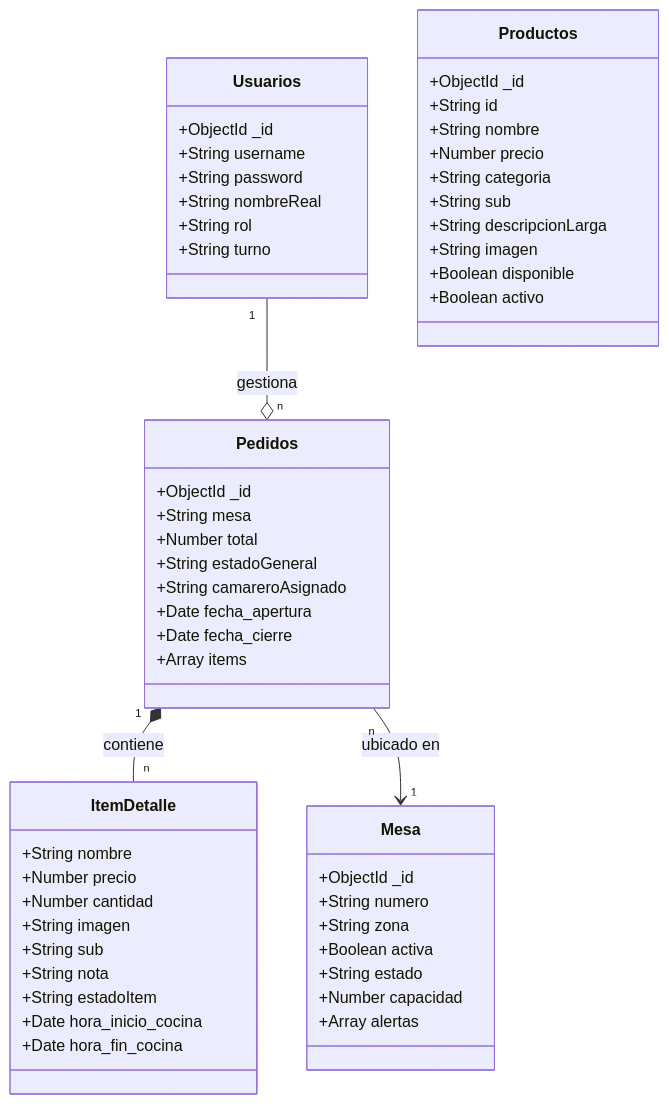
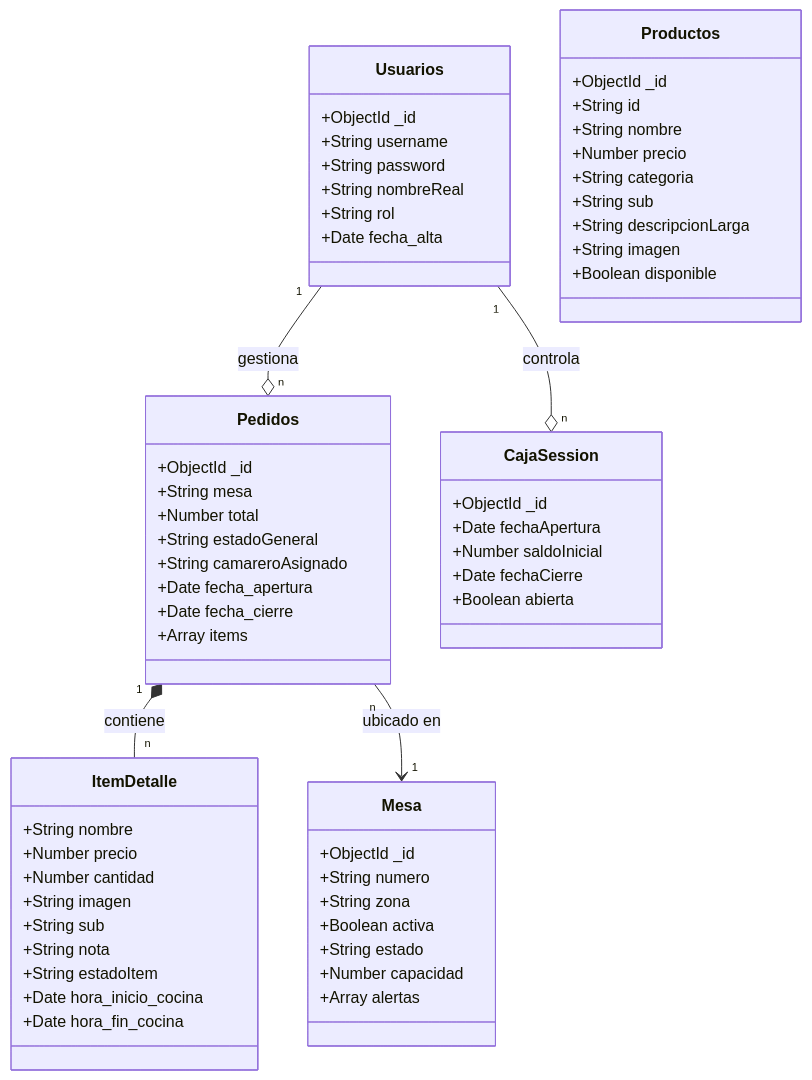
One commit to EMAXSS05/SaleroBeach changed the diagram in doc/templates/3_deseño.md. Above: the diagram before and after it, drawn with Mermaid.

Commit message:
recuperada version del diagrama de la bd con CajaSession.

````diff
--- a/doc/templates/3_deseño.md
+++ b/doc/templates/3_deseño.md
@@ -7,62 +7,69 @@
 ```mermaid
 classDiagram
     class Usuarios {
         +ObjectId _id
         +String username
         +String password
         +String nombreReal
         +String rol
-        +String turno
+        +Date fecha_alta
     }
 
     class Productos {
         +ObjectId _id
         +String id
         +String nombre
         +Number precio
         +String categoria
         +String sub
         +String descripcionLarga
         +String imagen
         +Boolean disponible
-        +Boolean activo
     }
 
     class Pedidos {
         +ObjectId _id
         +String mesa
         +Number total
         +String estadoGeneral
         +String camareroAsignado
         +Date fecha_apertura
         +Date fecha_cierre
         +Array items
     }
 
     class ItemDetalle {
         +String nombre
         +Number precio
         +Number cantidad
         +String imagen
         +String sub
         +String nota
         +String estadoItem
         +Date hora_inicio_cocina
         +Date hora_fin_cocina
     }
 
     class Mesa {
         +ObjectId _id
         +String numero
         +String zona
         +Boolean activa
         +String estado
         +Number capacidad
         +Array alertas
     }
+    class CajaSession {
+        +ObjectId _id
+        +Date fechaApertura
+        +Number saldoInicial
+        +Date fechaCierre
+        +Boolean abierta
+    }
 
     %% Relaciones
     Pedidos "1" *-- "n" ItemDetalle : contiene
     Usuarios "1" --o "n" Pedidos : gestiona
     Pedidos "n" --> "1" Mesa : ubicado en
+    Usuarios "1" --o "n" CajaSession : controla
 ```
````
